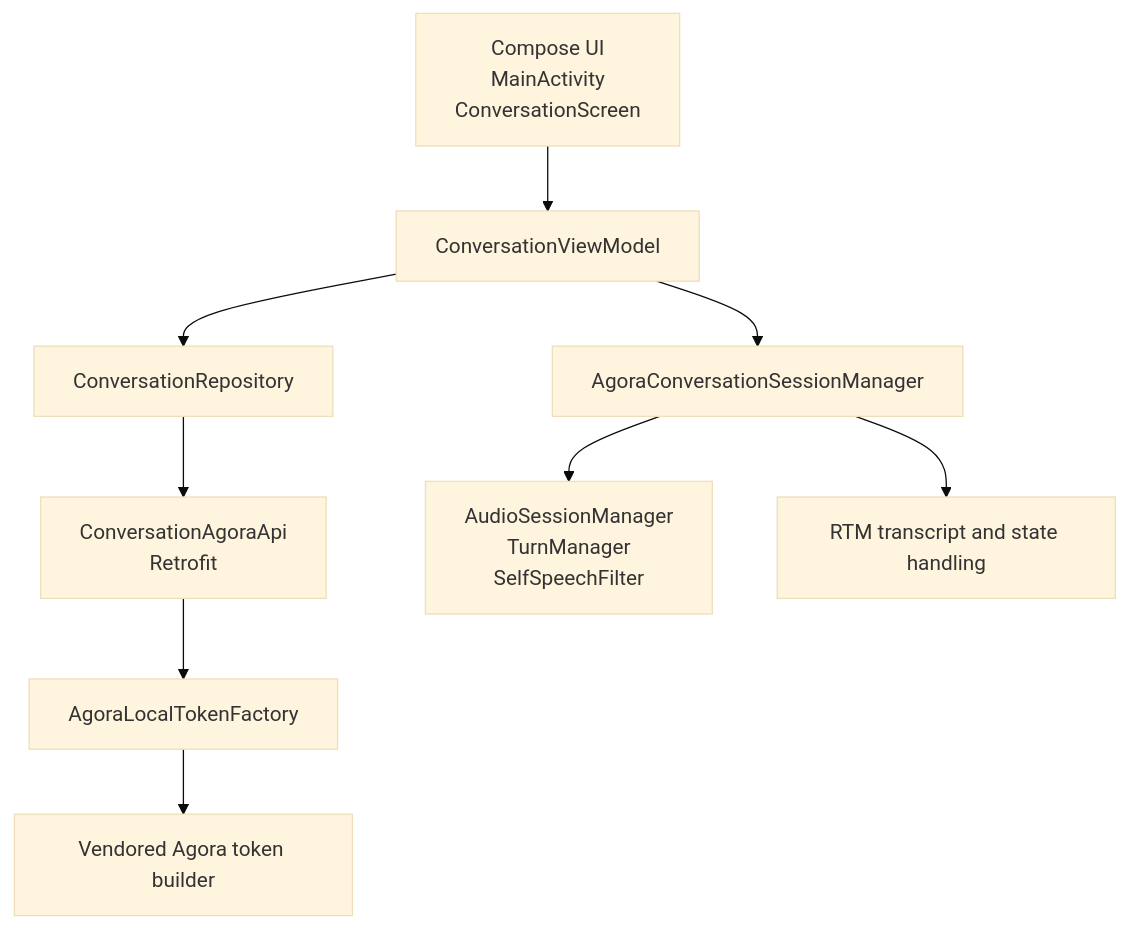
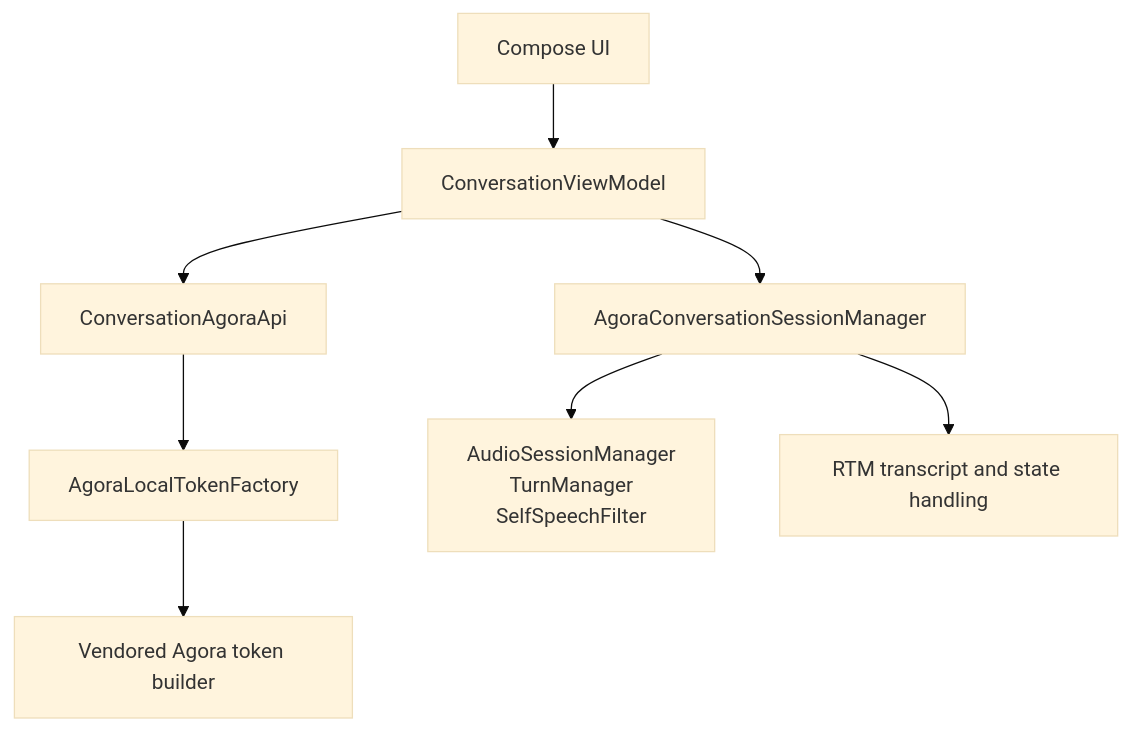
The fifth of 7 diagrams in README.md (AgoraIO-Conversational-AI/agent-quickstart-android), drawn with Mermaid (base theme) before and after one commit. The commit also changed other lines of this file and 11 other files, not shown here.

````diff
--- a/README.md
+++ b/README.md
@@ -159,11 +263,10 @@
 ```mermaid
 flowchart TD
-    UI["Compose UI<br/>MainActivity<br/>ConversationScreen"] --> VM["ConversationViewModel"]
-    VM --> REPO["ConversationRepository"]
-    REPO --> API["ConversationAgoraApi<br/>Retrofit"]
+    UI["Compose UI"] --> VM["ConversationViewModel"]
+    VM --> API["ConversationAgoraApi"]
     API --> TOKENS["AgoraLocalTokenFactory"]
     TOKENS --> BUILDER["Vendored Agora token builder"]
     VM --> RTC["AgoraConversationSessionManager"]
     RTC --> AUDIO["AudioSessionManager<br/>TurnManager<br/>SelfSpeechFilter"]
     RTC --> RTM["RTM transcript and state handling"]
 ```
````
